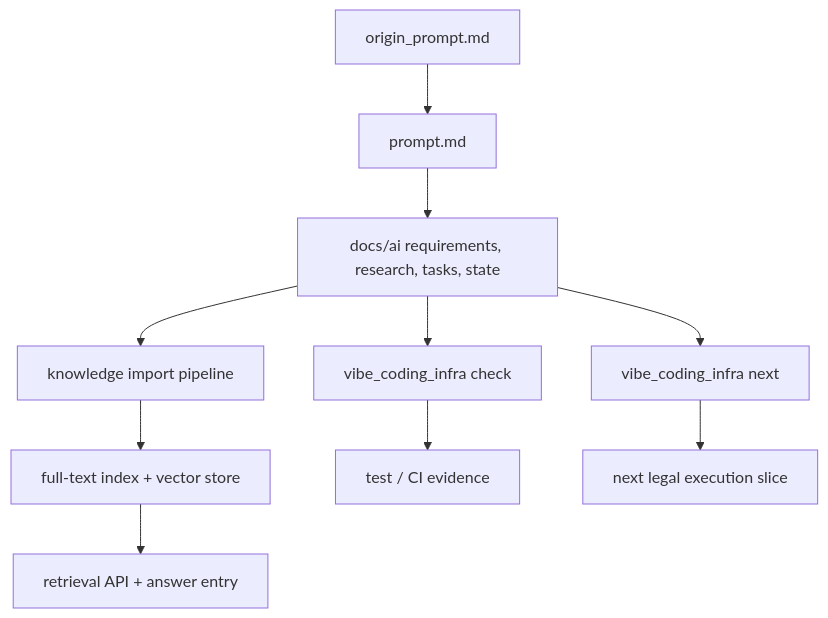
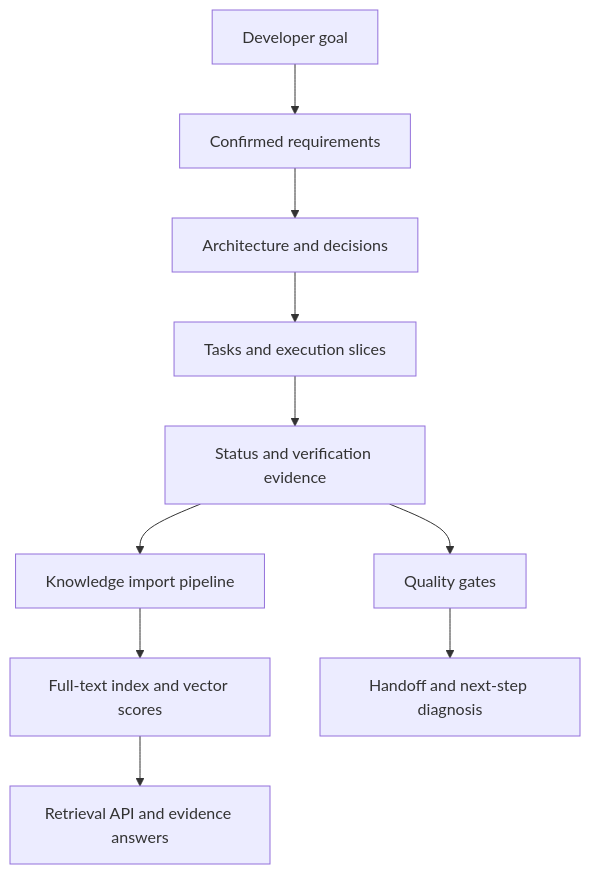
One commit to rin721/vibe-coding-prompt changed the diagram in docs/ARCHITECTURE.md. Above: the diagram before and after it, drawn with Mermaid. The commit also changed other lines of this file and 60 other files, not shown here.

Commit message:
Generate clean agent contract and Vibe Coding infrastructure

````diff
--- a/docs/ARCHITECTURE.md
+++ b/docs/ARCHITECTURE.md
@@ -15,12 +14,12 @@
 ```mermaid
 flowchart TD
-  A["origin_prompt.md"] --> B["prompt.md"]
-  B --> C["docs/ai requirements, research, tasks, state"]
-  C --> H["knowledge import pipeline"]
-  H --> I["full-text index + vector store"]
-  I --> J["retrieval API + answer entry"]
-  C --> D["vibe_coding_infra check"]
-  C --> E["vibe_coding_infra next"]
-  D --> F["test / CI evidence"]
-  E --> G["next legal execution slice"]
+  A["Developer goal"] --> B["Confirmed requirements"]
+  B --> C["Architecture and decisions"]
+  C --> D["Tasks and execution slices"]
+  D --> E["Status and verification evidence"]
+  E --> F["Knowledge import pipeline"]
+  F --> G["Full-text index and vector scores"]
+  G --> H["Retrieval API and evidence answers"]
+  E --> I["Quality gates"]
+  I --> J["Handoff and next-step diagnosis"]
 ```
````
